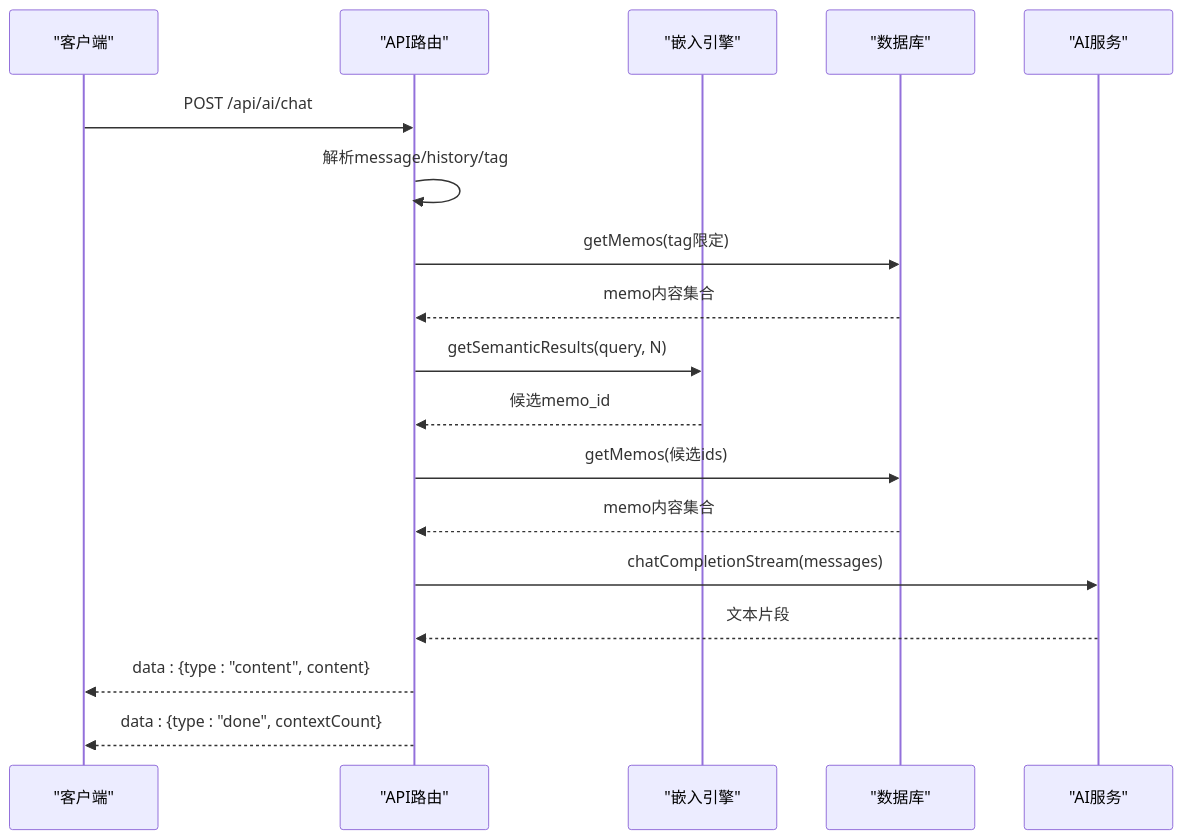
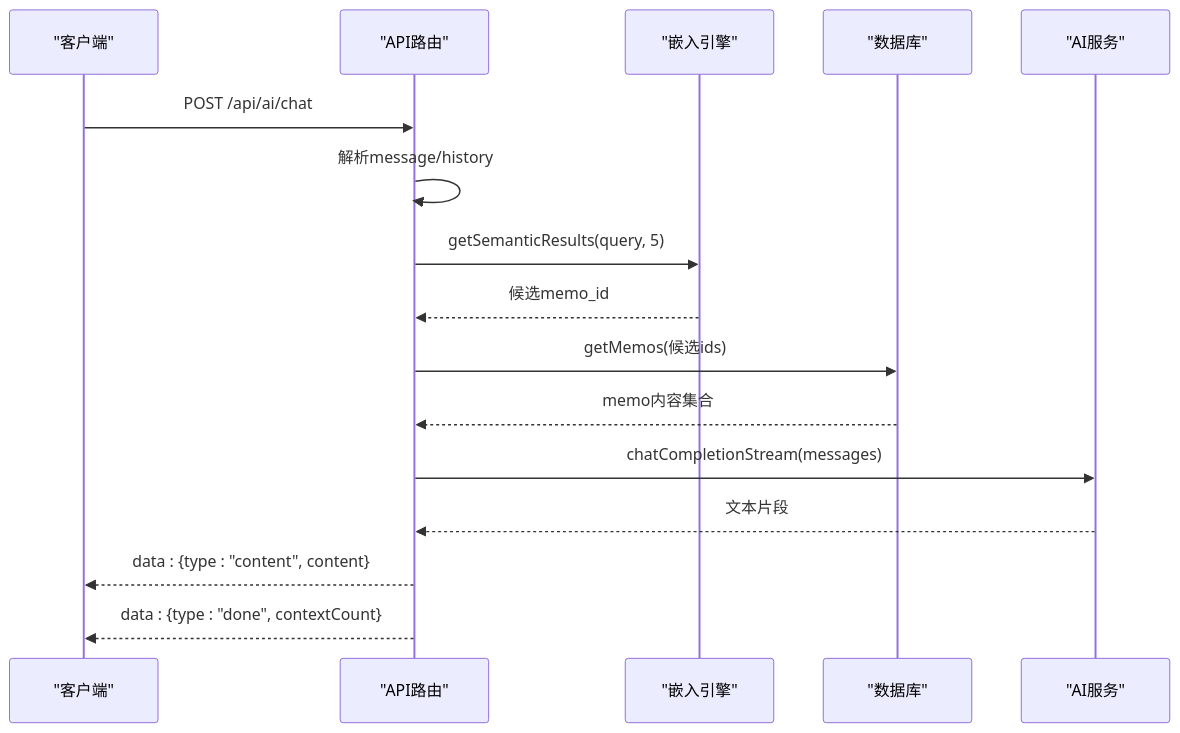
The third of 5 diagrams in .qoder/repowiki/zh/content/API参考文档/AI服务API.md (BlackBoxRecorder/memos), drawn with Mermaid before and after one commit. The commit also changed other lines of this file and 7 other files, not shown here.

````diff
--- a/.qoder/repowiki/zh/content/API参考文档/AI服务API.md
+++ b/.qoder/repowiki/zh/content/API参考文档/AI服务API.md
@@ -198,20 +204,18 @@
 ```mermaid
 sequenceDiagram
 participant Client as "客户端"
 participant API as "API路由"
 participant EMB as "嵌入引擎"
 participant DB as "数据库"
 participant SVC as "AI服务"
 Client->>API : POST /api/ai/chat
-API->>API : 解析message/history/tag
-API->>DB : getMemos(tag限定)
-DB-->>API : memo内容集合
-API->>EMB : getSemanticResults(query, N)
+API->>API : 解析message/history
+API->>EMB : getSemanticResults(query, 5)
 EMB-->>API : 候选memo_id
 API->>DB : getMemos(候选ids)
 DB-->>API : memo内容集合
 API->>SVC : chatCompletionStream(messages)
 SVC-->>API : 文本片段
 API-->>Client : data : {type : "content", content}
 API-->>Client : data : {type : "done", contextCount}
 ```
````
